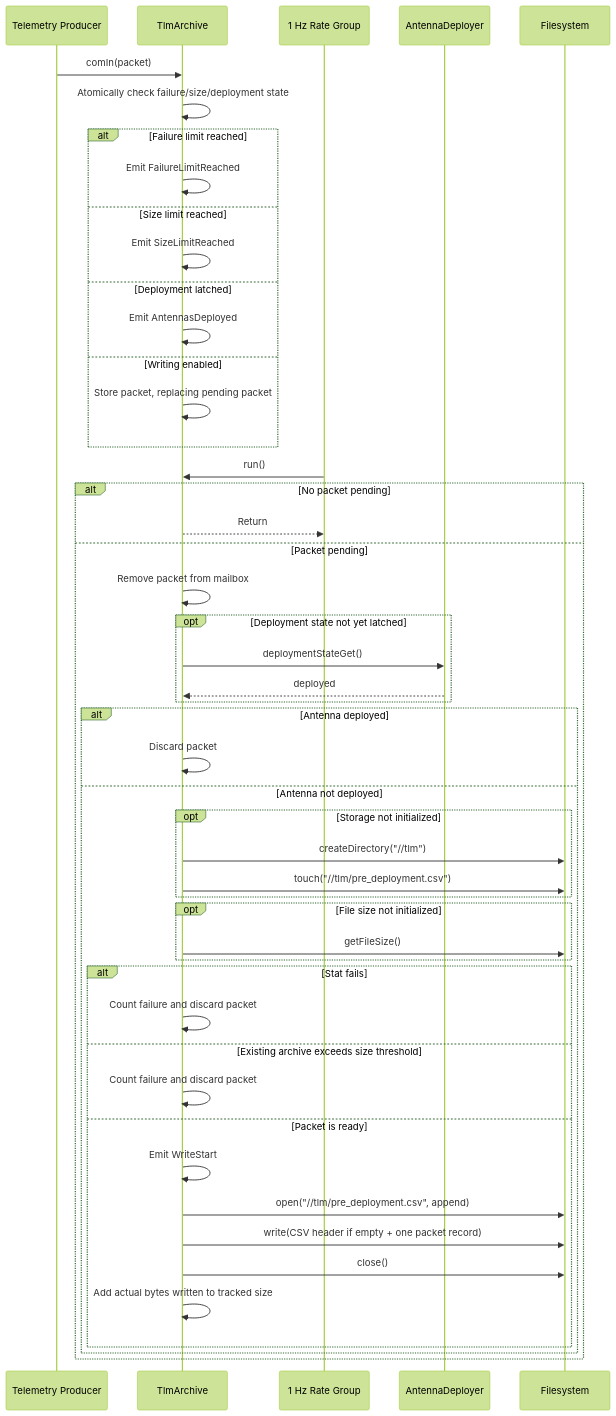
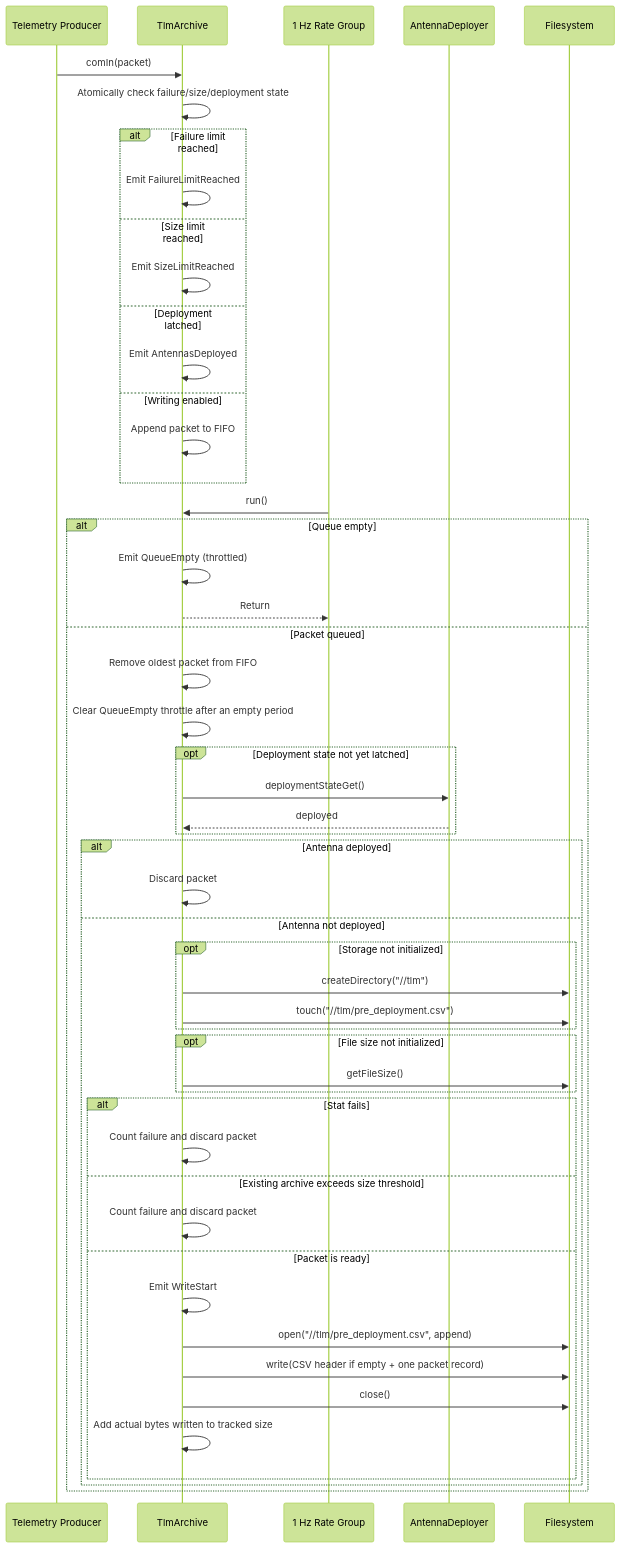
Before and after one commit to Open-Source-Space-Foundation/proves-core-reference: the second of 2 diagrams in PROVESFlightControllerReference/Components/TlmArchive/docs/sdd.md, drawn with Mermaid (forest theme). The commit also changed other lines of this file and 3 other files, not shown here.

````diff
--- a/PROVESFlightControllerReference/Components/TlmArchive/docs/sdd.md
+++ b/PROVESFlightControllerReference/Components/TlmArchive/docs/sdd.md
@@ -184,53 +198,55 @@
 ```mermaid
 sequenceDiagram
     participant Producer as Telemetry Producer
     participant Archive as TlmArchive
     participant Rate as 1 Hz Rate Group
     participant Deploy as AntennaDeployer
     participant FS as Filesystem
 
     Producer->>Archive: comIn(packet)
     Archive->>Archive: Atomically check failure/size/deployment state
     alt Failure limit reached
         Archive->>Archive: Emit FailureLimitReached
     else Size limit reached
         Archive->>Archive: Emit SizeLimitReached
     else Deployment latched
         Archive->>Archive: Emit AntennasDeployed
     else Writing enabled
-        Archive->>Archive: Store packet, replacing pending packet
+        Archive->>Archive: Append packet to FIFO
     end
 
     Rate->>Archive: run()
-    alt No packet pending
+    alt Queue empty
+        Archive->>Archive: Emit QueueEmpty (throttled)
         Archive-->>Rate: Return
-    else Packet pending
-        Archive->>Archive: Remove packet from mailbox
+    else Packet queued
+        Archive->>Archive: Remove oldest packet from FIFO
+        Archive->>Archive: Clear QueueEmpty throttle after an empty period
         opt Deployment state not yet latched
             Archive->>Deploy: deploymentStateGet()
             Deploy-->>Archive: deployed
         end
         alt Antenna deployed
             Archive->>Archive: Discard packet
         else Antenna not deployed
             opt Storage not initialized
                 Archive->>FS: createDirectory("//tlm")
                 Archive->>FS: touch("//tlm/pre_deployment.csv")
             end
             opt File size not initialized
                 Archive->>FS: getFileSize()
             end
             alt Stat fails
                 Archive->>Archive: Count failure and discard packet
             else Existing archive exceeds size threshold
                 Archive->>Archive: Count failure and discard packet
             else Packet is ready
                 Archive->>Archive: Emit WriteStart
                 Archive->>FS: open("//tlm/pre_deployment.csv", append)
                 Archive->>FS: write(CSV header if empty + one packet record)
                 Archive->>FS: close()
                 Archive->>Archive: Add actual bytes written to tracked size
             end
         end
     end
 ```
````
